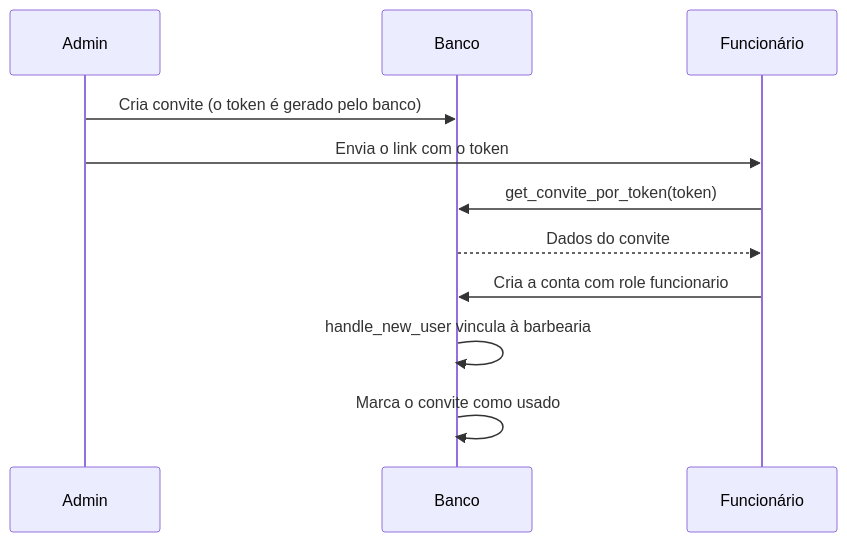
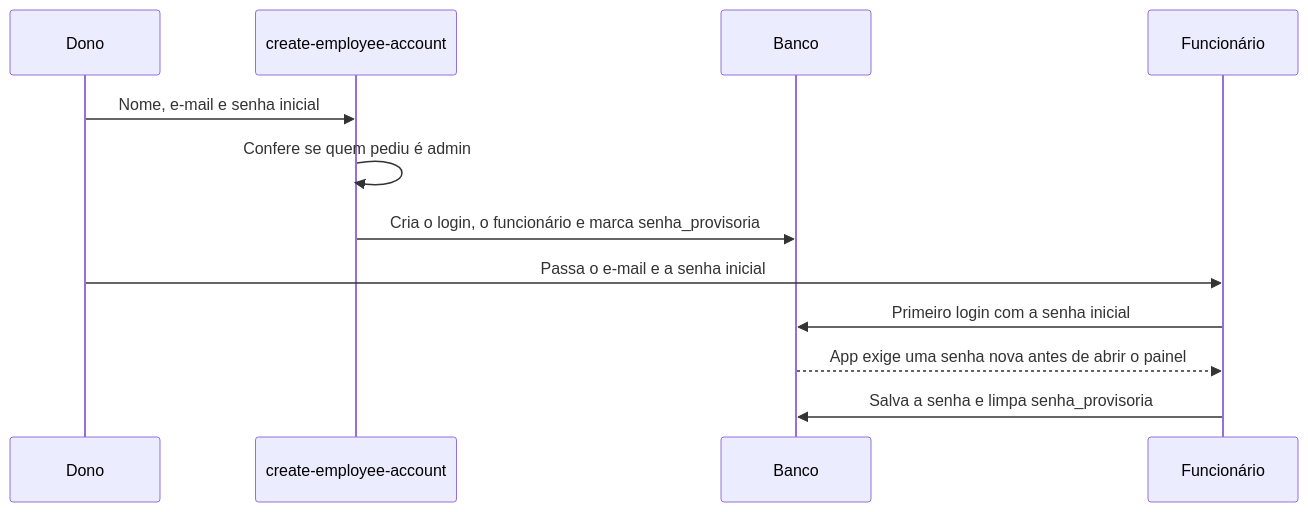
Before and after one commit to kaykytavora/agendem-barbearia: the fifth of 5 diagrams in database/README.md, drawn with Mermaid. The commit also changed other lines of this file and 26 other files, not shown here.

````diff
--- a/database/README.md
+++ b/database/README.md
@@ -105,13 +110,14 @@
 ```mermaid
 sequenceDiagram
-    participant A as Admin
+    participant D as Dono
+    participant E as create-employee-account
     participant DB as Banco
     participant F as Funcionário
-    A->>DB: Cria convite (o token é gerado pelo banco)
-    A->>F: Envia o link com o token
-    F->>DB: get_convite_por_token(token)
-    DB-->>F: Dados do convite
-    F->>DB: Cria a conta com role funcionario
-    DB->>DB: handle_new_user vincula à barbearia
-    DB->>DB: Marca o convite como usado
+    D->>E: Nome, e-mail e senha inicial
+    E->>E: Confere se quem pediu é admin
+    E->>DB: Cria o login, o funcionário e marca senha_provisoria
+    D->>F: Passa o e-mail e a senha inicial
+    F->>DB: Primeiro login com a senha inicial
+    DB-->>F: App exige uma senha nova antes de abrir o painel
+    F->>DB: Salva a senha e limpa senha_provisoria
 ```
````
